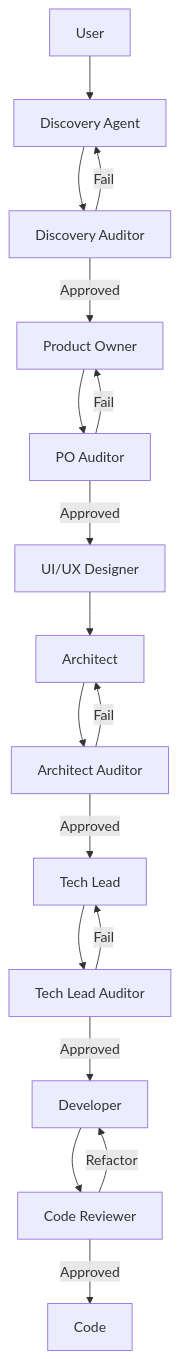
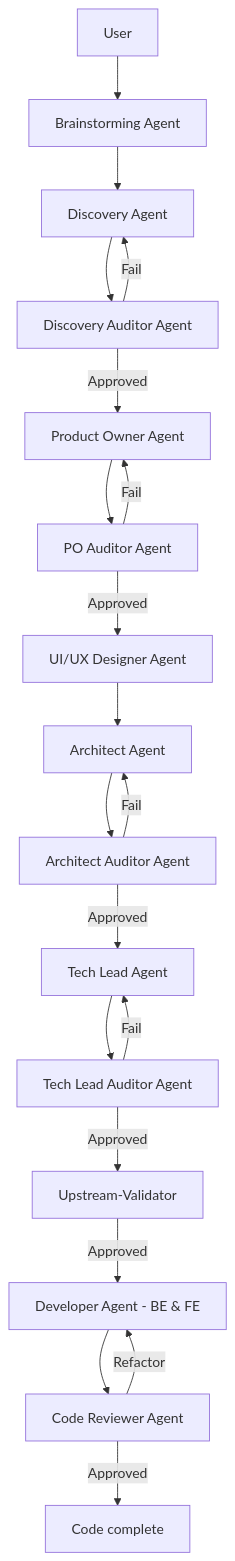
One commit to lucas-martino/ai-augmented-development-agents changed the diagram in README.md. Above: the diagram before and after it, drawn with Mermaid. The commit also changed other lines of this file, not shown here.

````diff
--- a/README.md
+++ b/README.md
@@ -9,24 +9,26 @@
 ```mermaid
 graph TD
-    User[User] --> Discovery[Discovery Agent]
-    Discovery --> DiscoveryAudit[Discovery Auditor]
+    User[User] --> Brainstorming[Brainstorming Agent]
+    Brainstorming --> Discovery[Discovery Agent]
+    Discovery --> DiscoveryAudit[Discovery Auditor Agent]
     DiscoveryAudit -- "Fail" --> Discovery
-    DiscoveryAudit -- "Approved" --> PO[Product Owner]
+    DiscoveryAudit -- "Approved" --> PO[Product Owner Agent]
 
-    PO --> POAudit[PO Auditor]
+    PO --> POAudit[PO Auditor Agent]
     POAudit -- "Fail" --> PO
-    POAudit -- "Approved" --> UX[UI/UX Designer]
+    POAudit -- "Approved" --> UX[UI/UX Designer Agent]
 
-    UX --> Arch[Architect]
-    Arch --> ArchAudit[Architect Auditor]
+    UX --> Arch[Architect Agent]
+    Arch --> ArchAudit[Architect Auditor Agent]
     ArchAudit -- "Fail" --> Arch
-    ArchAudit -- "Approved" --> TL[Tech Lead]
+    ArchAudit -- "Approved" --> TL[Tech Lead Agent]
 
-    TL --> TLAudit[Tech Lead Auditor]
+    TL --> TLAudit[Tech Lead Auditor Agent]
     TLAudit -- "Fail" --> TL
-    TLAudit -- "Approved" --> Dev[Developer]
+    TLAudit -- "Approved" --> Upstream-Validator
+    Upstream-Validator -- "Approved" --> Dev[Developer Agent - BE & FE]
 
-    Dev --> Review[Code Reviewer]
+    Dev --> Review[Code Reviewer Agent]
     Review -- "Refactor" --> Dev
-    Review -- "Approved" --> Final[Code]
+    Review -- "Approved" --> Final[Code complete]
 ```
````
